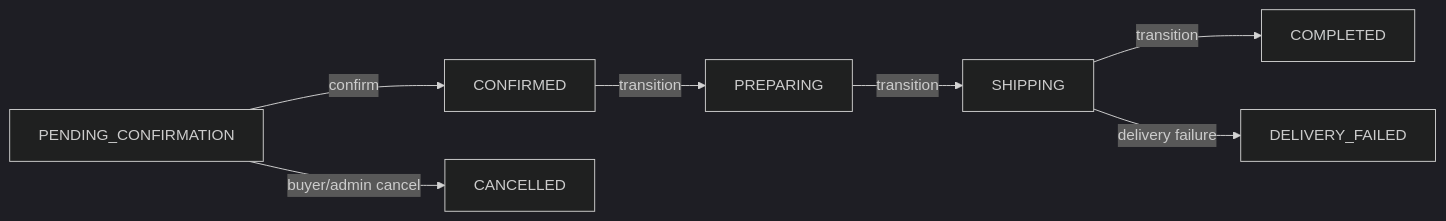
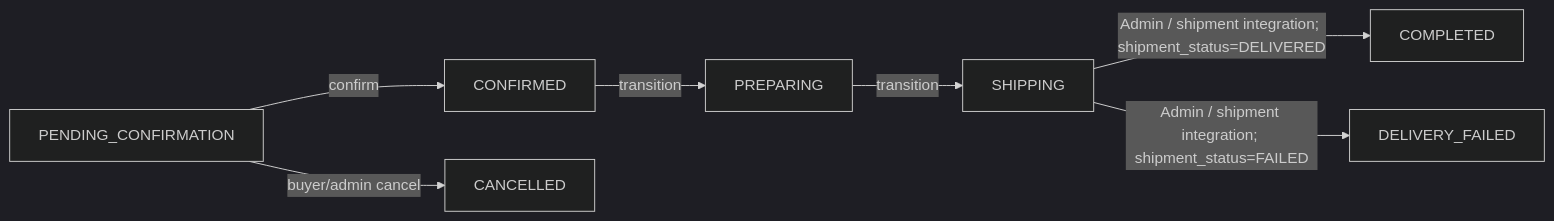
One commit to lwd7071/e-commerce-platform changed the third of 3 diagrams in docs/frontend-spec/02-pages-and-user-flow.md. Above: the diagram before and after it, drawn with Mermaid (dark theme). The commit also changed other lines of this file and 5 other files, not shown here.

````diff
--- a/docs/frontend-spec/02-pages-and-user-flow.md
+++ b/docs/frontend-spec/02-pages-and-user-flow.md
@@ -203,9 +203,9 @@
 ```mermaid
 flowchart LR
   A[PENDING_CONFIRMATION] -->|confirm| B[CONFIRMED]
   B -->|transition| C[PREPARING]
   C -->|transition| D[SHIPPING]
-  D -->|transition| E[COMPLETED]
+  D -->|Admin / shipment integration; shipment_status=DELIVERED| E[COMPLETED]
   A -->|buyer/admin cancel| X[CANCELLED]
-  D -->|delivery failure| F[DELIVERY_FAILED]
+  D -->|Admin / shipment integration; shipment_status=FAILED| F[DELIVERY_FAILED]
 ```
````
